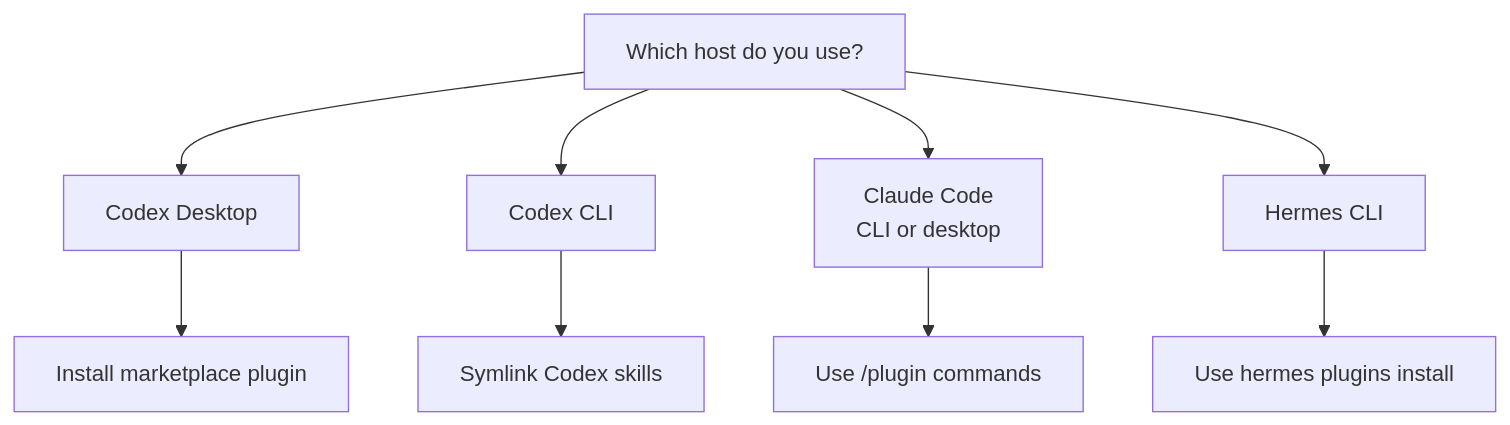
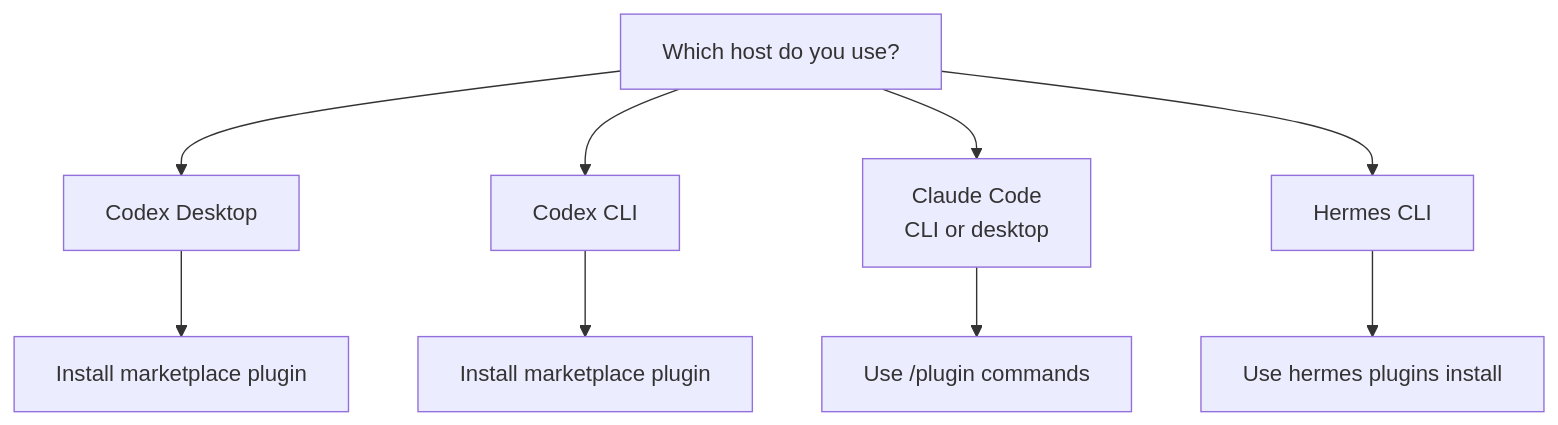
Before and after one commit to sssstwee/tastedistill: the third of 3 diagrams in README.md, drawn with Mermaid. The commit also changed other lines of this file and 1 other file, not shown here.

Commit message:
Update host plugin setup guidance

````diff
--- a/README.md
+++ b/README.md
@@ -120,11 +120,11 @@
 ```mermaid
 flowchart TD
     A["Which host do you use?"] --> B["Codex Desktop"]
     A --> C["Codex CLI"]
     A --> D["Claude Code<br/>CLI or desktop"]
     A --> E["Hermes CLI"]
     B --> F["Install marketplace plugin"]
-    C --> G["Symlink Codex skills"]
+    C --> G["Install marketplace plugin"]
     D --> H["Use /plugin commands"]
     E --> I["Use hermes plugins install"]
 ```
````
